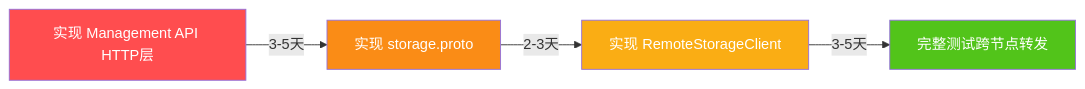
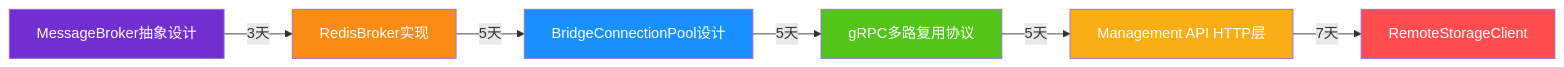
One commit to tunnox-net/tunnox-core changed diagram 42 of 42 in docs/ARCHITECTURE_DESIGN_V2.2.md. Above: the diagram before and after it, drawn with Mermaid. The commit also changed other lines of this file, not shown here.

First line of the commit message:
feat: 增加 MessageBroker 抽象层和 BridgeConnectionPool 连接池设计

````diff
--- a/docs/ARCHITECTURE_DESIGN_V2.2.md
+++ b/docs/ARCHITECTURE_DESIGN_V2.2.md
@@ -2926,11 +3643,15 @@
 ```mermaid
 graph LR
-    A[实现 Management API HTTP层] -->|3-5天| B[实现 storage.proto]
-    B -->|2-3天| C[实现 RemoteStorageClient]
-    C -->|3-5天| D[完整测试跨节点转发]
+    A[MessageBroker抽象设计] -->|3天| B[RedisBroker实现]
+    B -->|5天| C[BridgeConnectionPool设计]
+    C -->|5天| D[gRPC多路复用协议]
+    D -->|5天| E[Management API HTTP层]
+    E -->|7天| F[RemoteStorageClient]
     
-    style A fill:#FF4D4F,color:#fff
+    style A fill:#722ED1,color:#fff
     style B fill:#FA8C16,color:#fff
-    style C fill:#FAAD14,color:#fff
+    style C fill:#1890FF,color:#fff
     style D fill:#52C41A,color:#fff
+    style E fill:#FAAD14,color:#fff
+    style F fill:#FF4D4F,color:#fff
 ```
````
